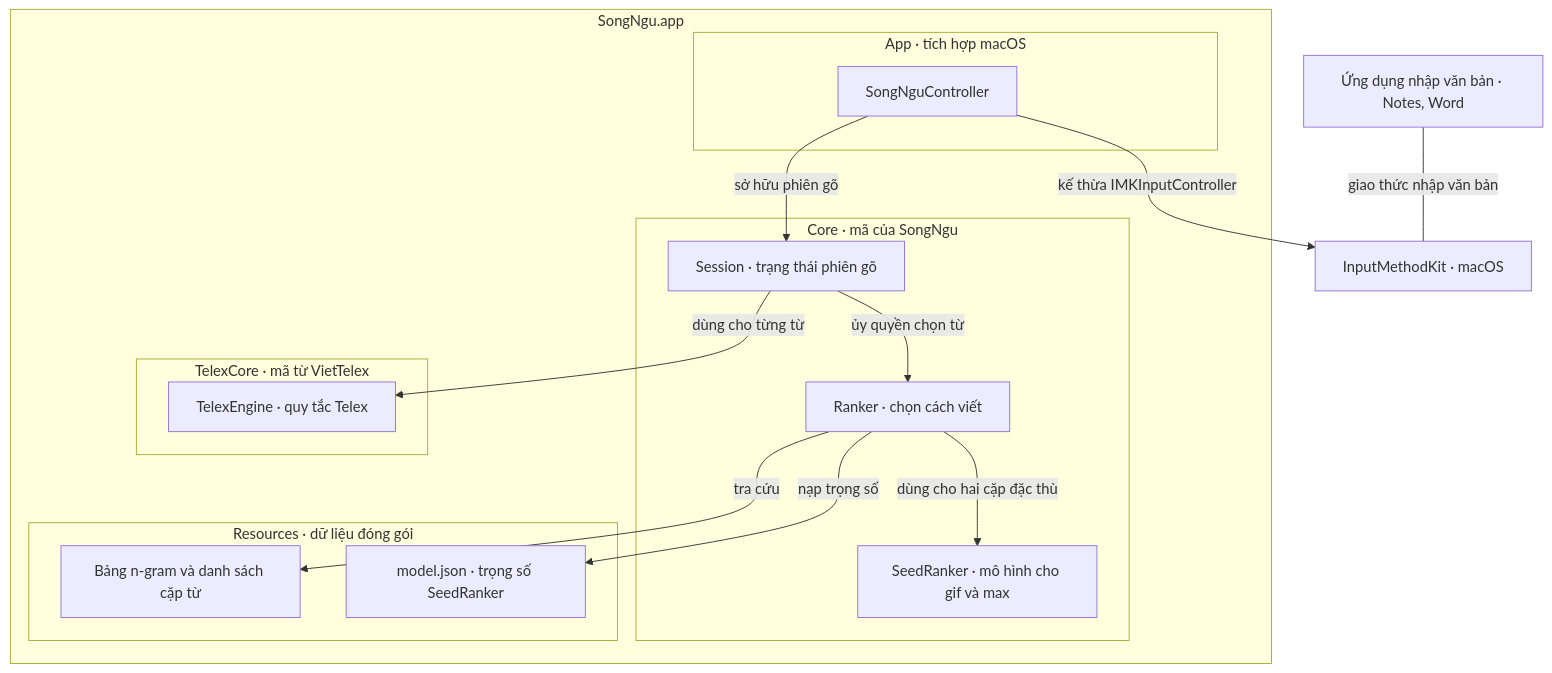
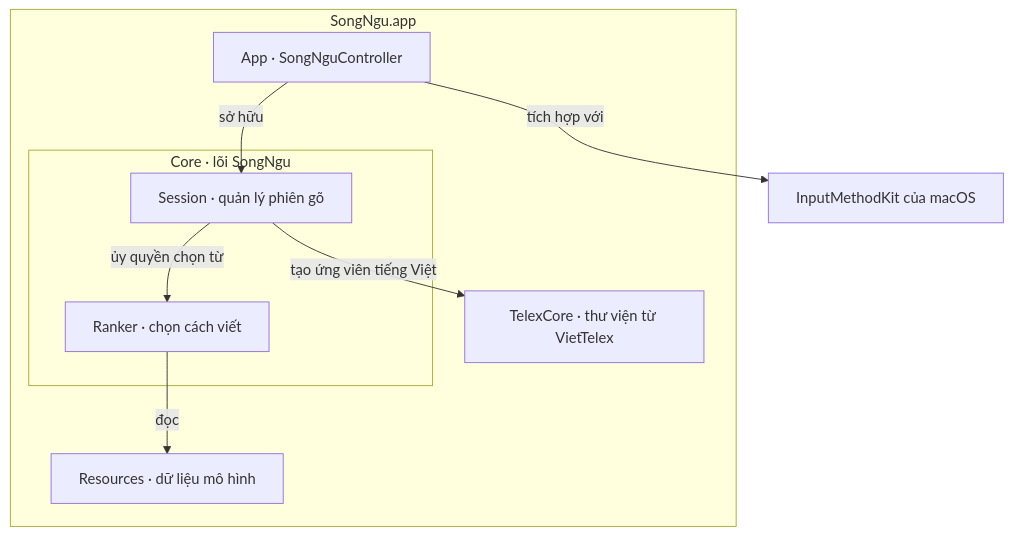
One commit to sonmai/TypeBlend changed the diagram in README.md. Above: the diagram before and after it, drawn with Mermaid. The commit also changed other lines of this file, not shown here.

Commit message:
Organize architecture by system, components and model internals

````diff
--- a/README.md
+++ b/README.md
@@ -9,30 +15,18 @@
 ```mermaid
 flowchart TB
-    host["Ứng dụng nhập văn bản · Notes, Word"]
-    imk["InputMethodKit · macOS"]
+    mac["InputMethodKit của macOS"]
     subgraph bundle["SongNgu.app"]
-        subgraph adapter["App · tích hợp macOS"]
-            controller["SongNguController"]
+        adapter["App · SongNguController"]
+        subgraph core["Core · lõi SongNgu"]
+            session["Session · quản lý phiên gõ"]
+            ranker["Ranker · chọn cách viết"]
         end
-        subgraph core["Core · mã của SongNgu"]
-            session["Session · trạng thái phiên gõ"]
-            ranker["Ranker · chọn cách viết"]
-            seed["SeedRanker · mô hình cho gif và max"]
-        end
-        subgraph upstream["TelexCore · mã từ VietTelex"]
-            telex["TelexEngine · quy tắc Telex"]
-        end
-        subgraph assets["Resources · dữ liệu đóng gói"]
-            tables["Bảng n-gram và danh sách cặp từ"]
-            weights["model.json · trọng số SeedRanker"]
-        end
+        telex["TelexCore · thư viện từ VietTelex"]
+        assets["Resources · dữ liệu mô hình"]
     end
-    host ---|giao thức nhập văn bản| imk
-    controller -->|kế thừa IMKInputController| imk
-    controller -->|sở hữu phiên gõ| session
-    session -->|dùng cho từng từ| telex
+    adapter -->|tích hợp với| mac
+    adapter -->|sở hữu| session
+    session -->|tạo ứng viên tiếng Việt| telex
     session -->|ủy quyền chọn từ| ranker
-    ranker -->|tra cứu| tables
-    ranker -->|dùng cho hai cặp đặc thù| seed
-    ranker -->|nạp trọng số| weights
+    ranker -->|đọc| assets
 ```
````
